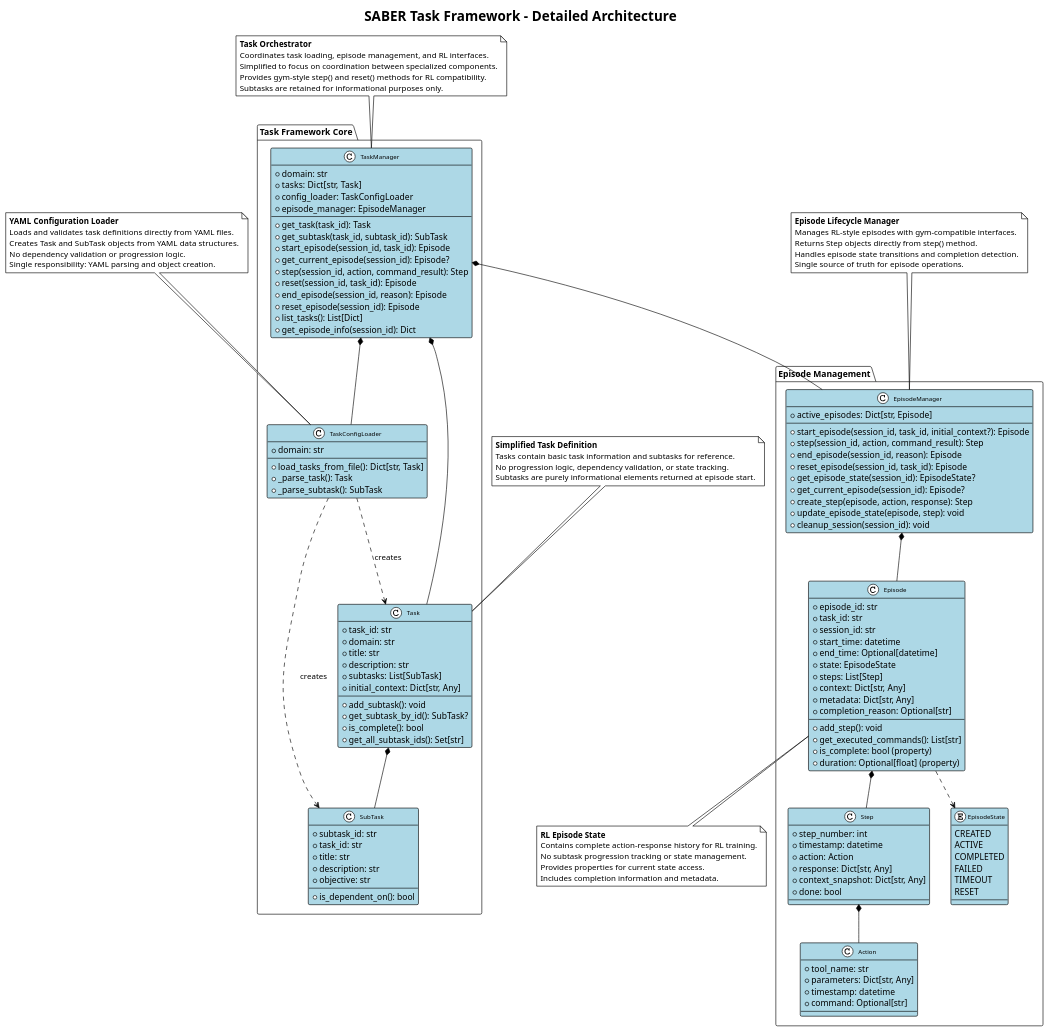
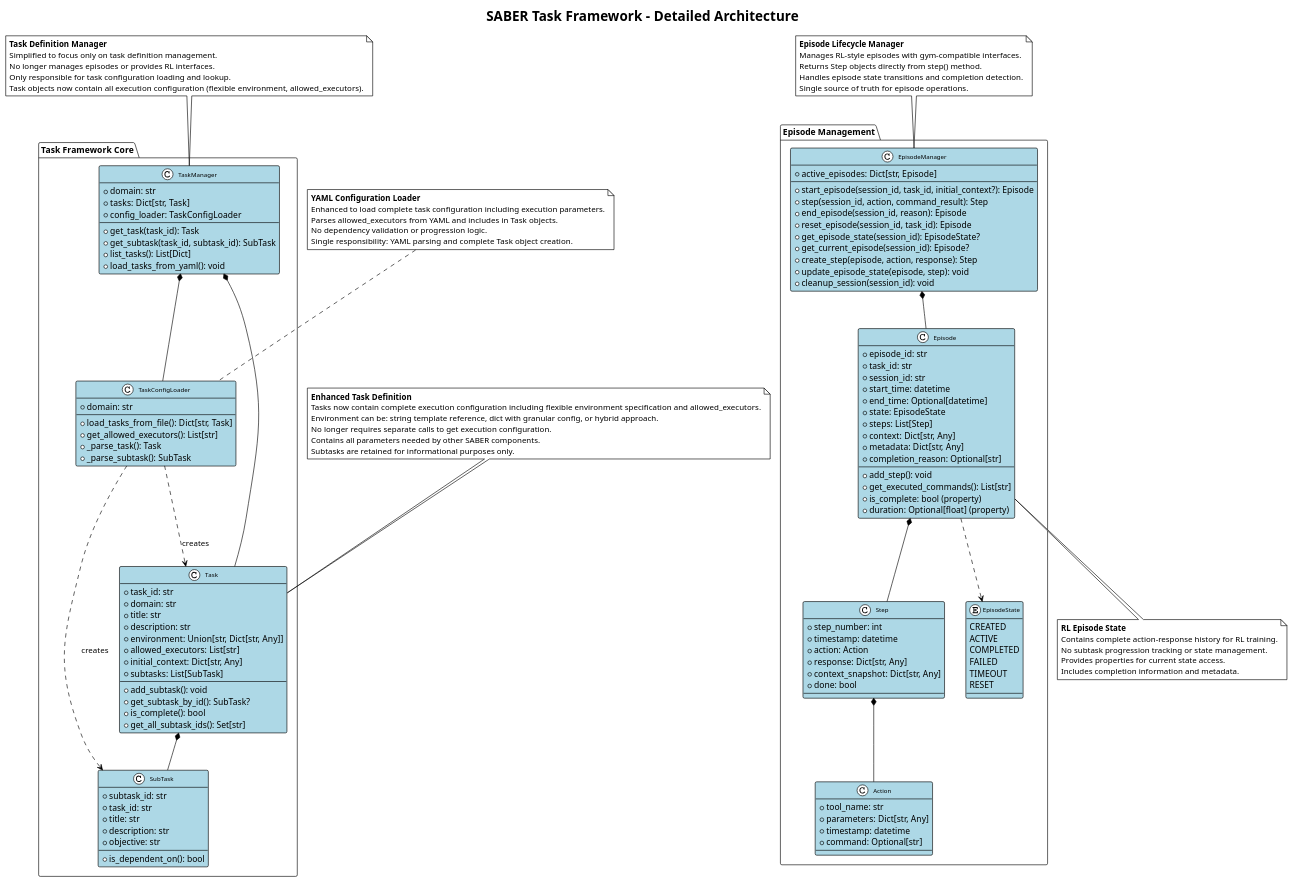
The diagram in docs/task_framework_architecture.puml (microsoft/ACES), drawn with PlantUML before and after one commit. The commit also changed 75 other files, not shown here.

```diff
--- a/docs/task_framework_architecture.puml
+++ b/docs/task_framework_architecture.puml
@@ -1,180 +1,177 @@
 @startuml SABER Task Framework Architecture - Detailed
 
 !theme plain
 title SABER Task Framework - Detailed Architecture
 
 skinparam class {
     BackgroundColor lightblue
     BorderColor black
     ArrowColor black
     FontSize 10
 }
 
 package "Task Framework Core" {
 
     class TaskManager {
         +domain: str
         +tasks: Dict[str, Task]
         +config_loader: TaskConfigLoader
-        +episode_manager: EpisodeManager
         --
         +get_task(task_id): Task
         +get_subtask(task_id, subtask_id): SubTask
-        +start_episode(session_id, task_id): Episode
-        +get_current_episode(session_id): Episode?
-        +step(session_id, action, command_result): Step
-        +reset(session_id, task_id): Episode
-        +end_episode(session_id, reason): Episode
-        +reset_episode(session_id): Episode
         +list_tasks(): List[Dict]
-        +get_episode_info(session_id): Dict
+        +load_tasks_from_yaml(): void
     }
 
     class TaskConfigLoader {
         +domain: str
         --
         +load_tasks_from_file(): Dict[str, Task]
+        +get_allowed_executors(): List[str]
         +_parse_task(): Task
         +_parse_subtask(): SubTask
     }
 
     class Task {
         +task_id: str
         +domain: str
         +title: str
         +description: str
+        +environment: Union[str, Dict[str, Any]]
+        +allowed_executors: List[str]
+        +initial_context: Dict[str, Any]
         +subtasks: List[SubTask]
-        +initial_context: Dict[str, Any]
         --
         +add_subtask(): void
         +get_subtask_by_id(): SubTask?
         +is_complete(): bool
         +get_all_subtask_ids(): Set[str]
     }
 
     class SubTask {
         +subtask_id: str
         +task_id: str
         +title: str
         +description: str
         +objective: str
         --
         +is_dependent_on(): bool
     }
 }
 
 package "Episode Management" {
 
     class EpisodeManager {
         +active_episodes: Dict[str, Episode]
         --
         +start_episode(session_id, task_id, initial_context?): Episode
         +step(session_id, action, command_result): Step
         +end_episode(session_id, reason): Episode
         +reset_episode(session_id, task_id): Episode
         +get_episode_state(session_id): EpisodeState?
         +get_current_episode(session_id): Episode?
         +create_step(episode, action, response): Step
         +update_episode_state(episode, step): void
         +cleanup_session(session_id): void
     }
 
     class Episode {
         +episode_id: str
         +task_id: str
         +session_id: str
         +start_time: datetime
         +end_time: Optional[datetime]
         +state: EpisodeState
         +steps: List[Step]
         +context: Dict[str, Any]
         +metadata: Dict[str, Any]
         +completion_reason: Optional[str]
         --
         +add_step(): void
         +get_executed_commands(): List[str]
         +is_complete: bool (property)
         +duration: Optional[float] (property)
     }
 
     class Step {
         +step_number: int
         +timestamp: datetime
         +action: Action
         +response: Dict[str, Any]
         +context_snapshot: Dict[str, Any]
         +done: bool
     }
 
     class Action {
         +tool_name: str
         +parameters: Dict[str, Any]
         +timestamp: datetime
         +command: Optional[str]
     }
 
     enum EpisodeState {
         CREATED
         ACTIVE
         COMPLETED
         FAILED
         TIMEOUT
         RESET
     }
 }
 
 ' Relationships
 TaskManager *-- TaskConfigLoader
-TaskManager *-- EpisodeManager
 TaskManager *-- Task
 
 TaskConfigLoader ..> Task : creates
 TaskConfigLoader ..> SubTask : creates
 
 Task *-- SubTask
 
 EpisodeManager *-- Episode
 Episode *-- Step
 Step *-- Action
 Episode ..> EpisodeState
 
 note top of TaskManager
-**Task Orchestrator**
-Coordinates task loading, episode management, and RL interfaces.
-Simplified to focus on coordination between specialized components.
-Provides gym-style step() and reset() methods for RL compatibility.
-Subtasks are retained for informational purposes only.
+**Task Definition Manager**
+Simplified to focus only on task definition management.
+No longer manages episodes or provides RL interfaces.
+Only responsible for task configuration loading and lookup.
+Task objects now contain all execution configuration (flexible environment, allowed_executors).
 end note
 
 note top of Task
-**Simplified Task Definition**
-Tasks contain basic task information and subtasks for reference.
-No progression logic, dependency validation, or state tracking.
-Subtasks are purely informational elements returned at episode start.
+**Enhanced Task Definition**
+Tasks now contain complete execution configuration including flexible environment specification and allowed_executors.
+Environment can be: string template reference, dict with granular config, or hybrid approach.
+No longer requires separate calls to get execution configuration.
+Contains all parameters needed by other SABER components.
+Subtasks are retained for informational purposes only.
 end note
 
 note top of EpisodeManager
 **Episode Lifecycle Manager**
 Manages RL-style episodes with gym-compatible interfaces.
 Returns Step objects directly from step() method.
 Handles episode state transitions and completion detection.
 Single source of truth for episode operations.
 end note
 
 note top of TaskConfigLoader
 **YAML Configuration Loader**
-Loads and validates task definitions directly from YAML files.
-Creates Task and SubTask objects from YAML data structures.
+Enhanced to load complete task configuration including execution parameters.
+Parses allowed_executors from YAML and includes in Task objects.
 No dependency validation or progression logic.
-Single responsibility: YAML parsing and object creation.
+Single responsibility: YAML parsing and complete Task object creation.
 end note
 
 note bottom of Episode
 **RL Episode State**
 Contains complete action-response history for RL training.
 No subtask progression tracking or state management.
 Provides properties for current state access.
 Includes completion information and metadata.
 end note
 
 @enduml
```
